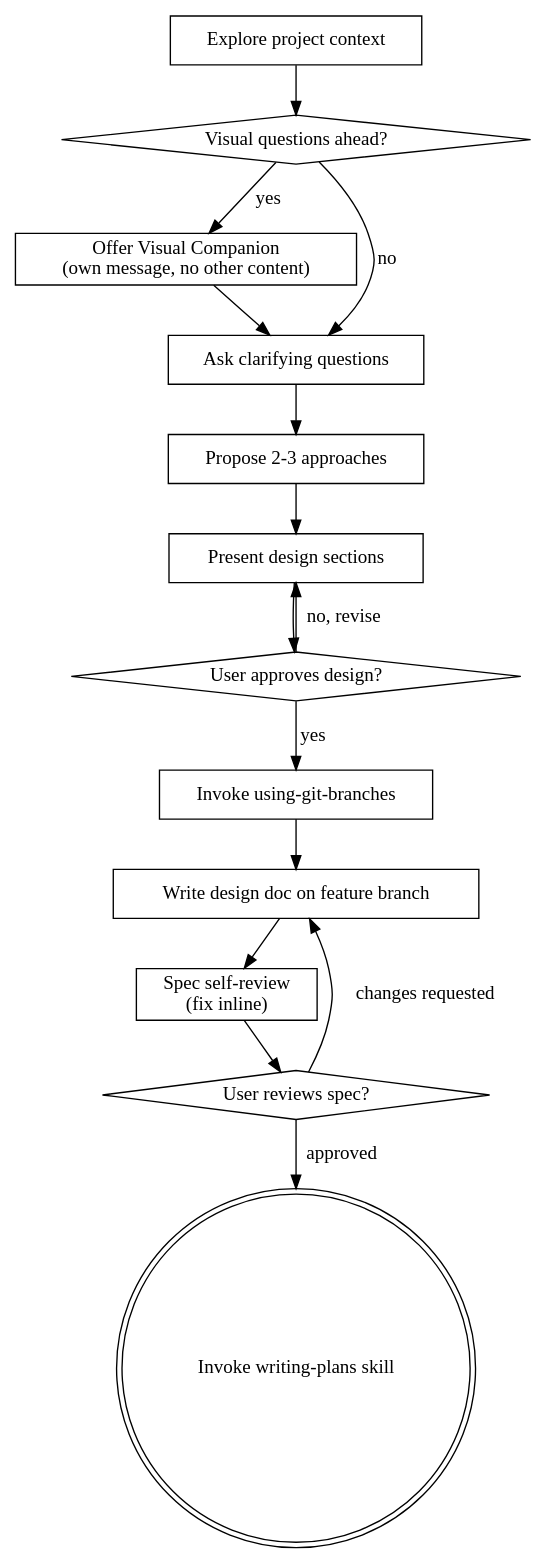
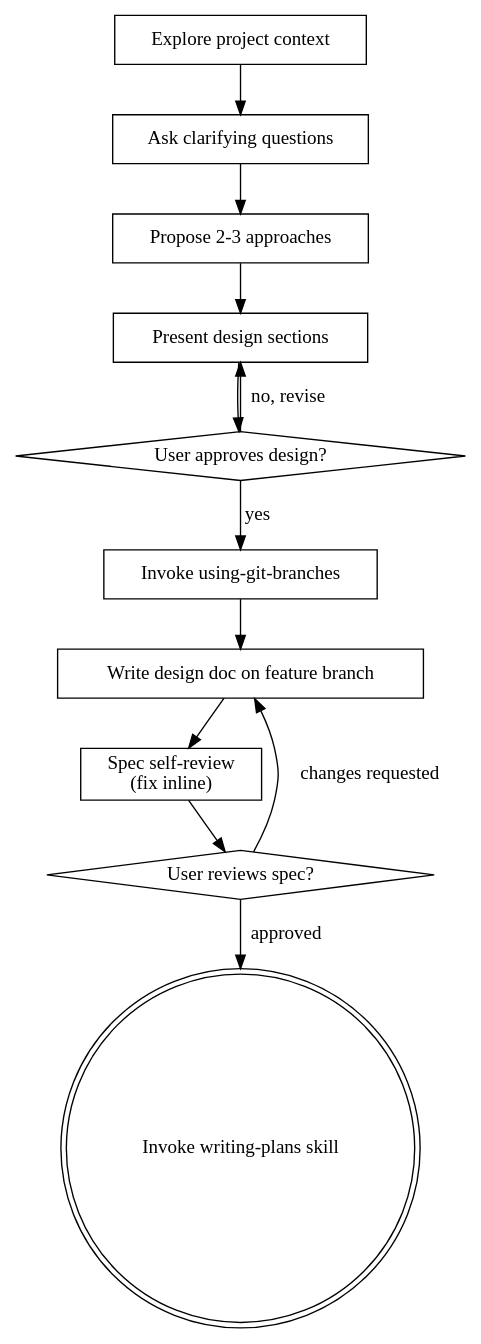
Before and after one commit to BubbleBuffer/superpawers: the diagram in skills/brainstorming/SKILL.md, drawn with Graphviz. The commit also changed other lines of this file and 32 other files, not shown here.

````diff
--- a/skills/brainstorming/SKILL.md
+++ b/skills/brainstorming/SKILL.md
@@ -37,31 +36,26 @@
 ```dot
 digraph brainstorming {
     "Explore project context" [shape=box];
-    "Visual questions ahead?" [shape=diamond];
-    "Offer Visual Companion\n(own message, no other content)" [shape=box];
     "Ask clarifying questions" [shape=box];
     "Propose 2-3 approaches" [shape=box];
     "Present design sections" [shape=box];
     "User approves design?" [shape=diamond];
     "Invoke using-git-branches" [shape=box];
     "Write design doc on feature branch" [shape=box];
     "Spec self-review\n(fix inline)" [shape=box];
     "User reviews spec?" [shape=diamond];
     "Invoke writing-plans skill" [shape=doublecircle];
 
-    "Explore project context" -> "Visual questions ahead?";
-    "Visual questions ahead?" -> "Offer Visual Companion\n(own message, no other content)" [label="yes"];
-    "Visual questions ahead?" -> "Ask clarifying questions" [label="no"];
-    "Offer Visual Companion\n(own message, no other content)" -> "Ask clarifying questions";
+    "Explore project context" -> "Ask clarifying questions";
     "Ask clarifying questions" -> "Propose 2-3 approaches";
     "Propose 2-3 approaches" -> "Present design sections";
     "Present design sections" -> "User approves design?";
     "User approves design?" -> "Present design sections" [label="no, revise"];
     "User approves design?" -> "Invoke using-git-branches" [label="yes"];
     "Invoke using-git-branches" -> "Write design doc on feature branch";
     "Write design doc on feature branch" -> "Spec self-review\n(fix inline)";
     "Spec self-review\n(fix inline)" -> "User reviews spec?";
     "User reviews spec?" -> "Write design doc on feature branch" [label="changes requested"];
     "User reviews spec?" -> "Invoke writing-plans skill" [label="approved"];
 }
 ```
````
